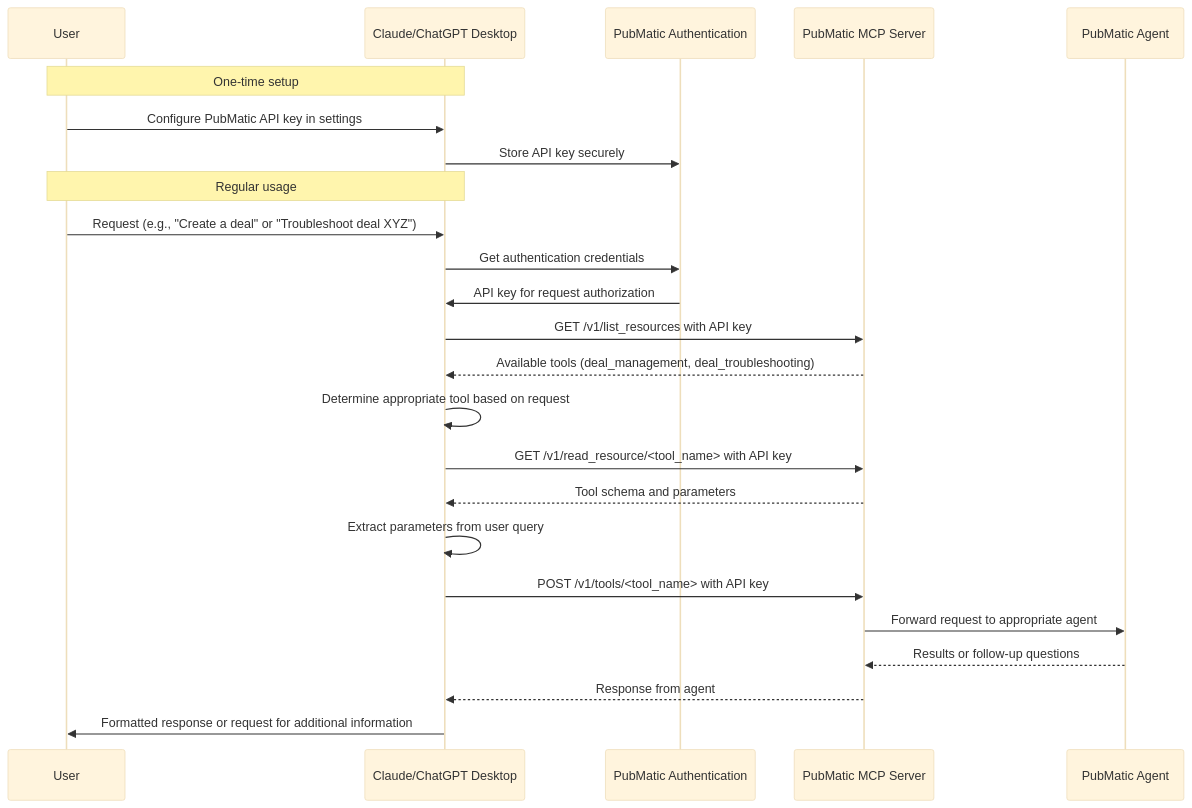
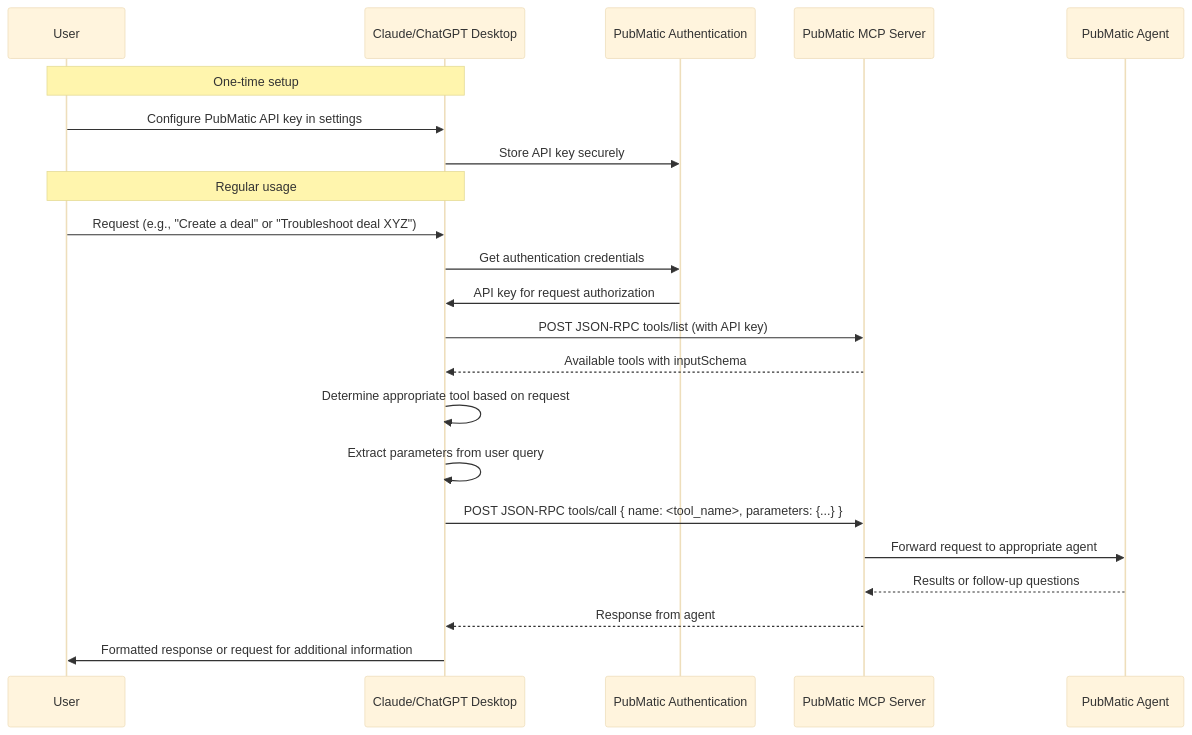
One commit to PubMatic/pubmatic-mcp-server changed the second of 3 diagrams in Deal Management/README.md. Above: the diagram before and after it, drawn with Mermaid. The commit also changed other lines of this file and 2 other files, not shown here.

Commit message:
Added auction packages to deal management. changed resources to tools for better clarity and workflow.

````diff
--- a/Deal Management/README.md
+++ b/Deal Management/README.md
@@ -77,30 +77,28 @@
 ```mermaid
 ---
 config:
   theme: base
 ---
 sequenceDiagram
     participant User
     participant Claude as Claude/ChatGPT Desktop
     participant Auth as PubMatic Authentication
     participant MCP as PubMatic MCP Server
     participant Agent as PubMatic Agent
     Note over User,Claude: One-time setup
     User->>Claude: Configure PubMatic API key in settings
     Claude->>Auth: Store API key securely
     Note over User,Claude: Regular usage
     User->>Claude: Request (e.g., "Create a deal" or "Troubleshoot deal XYZ")
     Claude->>Auth: Get authentication credentials
     Auth->>Claude: API key for request authorization
-    Claude->>MCP: GET /v1/list_resources with API key
-    MCP-->>Claude: Available tools (deal_management, deal_troubleshooting)
+    Claude->>MCP: POST JSON-RPC tools/list (with API key)
+    MCP-->>Claude: Available tools with inputSchema
     Claude->>Claude: Determine appropriate tool based on request
-    Claude->>MCP: GET /v1/read_resource/<tool_name> with API key
-    MCP-->>Claude: Tool schema and parameters
     Claude->>Claude: Extract parameters from user query
-    Claude->>MCP: POST /v1/tools/<tool_name> with API key
+    Claude->>MCP: POST JSON-RPC tools/call { name: <tool_name>, parameters: {...} }
     MCP->>Agent: Forward request to appropriate agent
     Agent-->>MCP: Results or follow-up questions
     MCP-->>Claude: Response from agent
     Claude->>User: Formatted response or request for additional information
 ```
````
